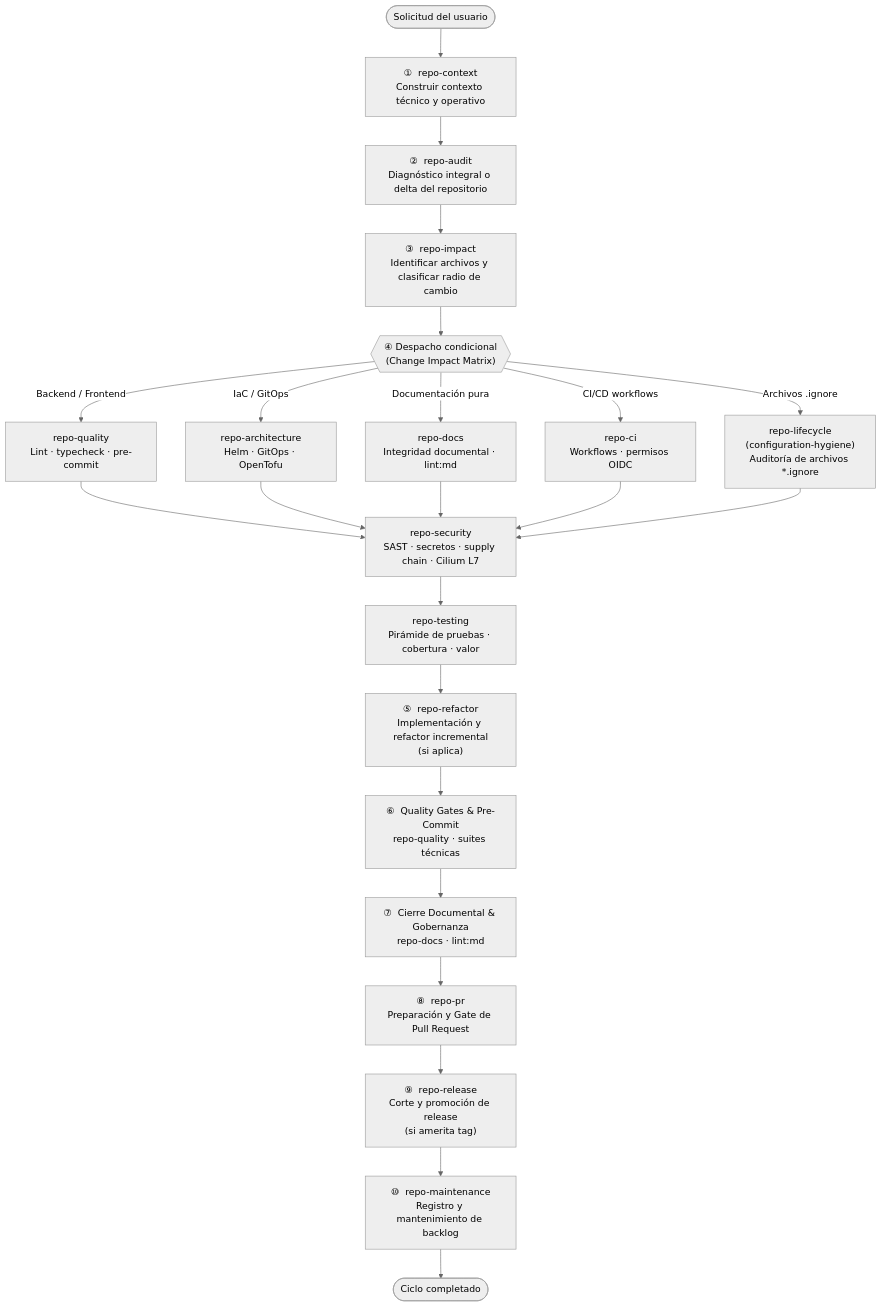
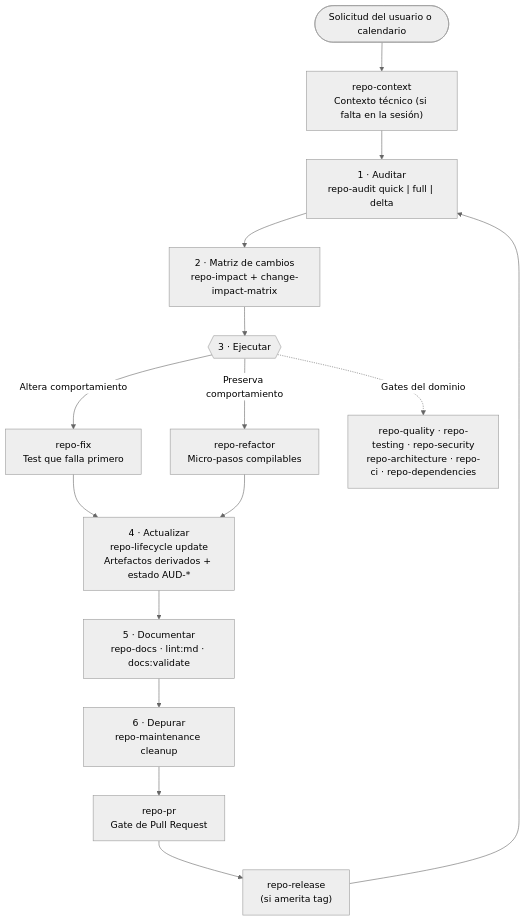
One commit to rocapellino/pokedex changed the diagram in .agents/README.md. Above: the diagram before and after it, drawn with Mermaid (neutral theme). The commit also changed other lines of this file and 36 other files, not shown here.

````diff
--- a/.agents/README.md
+++ b/.agents/README.md
@@ -63,53 +82,31 @@
 ```mermaid
 flowchart TD
-    START([Solicitud del usuario]) --> CTX
+    START([Solicitud del usuario o calendario]) --> CTX
+    CTX["repo-context
+Contexto técnico (si falta en la sesión)"] --> AUDIT
 
-    CTX["①  repo-context\nConstruir contexto técnico y operativo"]
-    CTX --> AUDIT
+    AUDIT["1 · Auditar
+repo-audit quick | full | delta"] --> IMPACT
+    IMPACT["2 · Matriz de cambios
+repo-impact + change-impact-matrix"] --> EXEC
+    EXEC{{"3 · Ejecutar"}}
+    EXEC -->|"Altera comportamiento"| FIX["repo-fix
+Test que falla primero"]
+    EXEC -->|"Preserva comportamiento"| REFACTOR["repo-refactor
+Micro-pasos compilables"]
+    FIX & REFACTOR --> UPDATE
+    UPDATE["4 · Actualizar
+repo-lifecycle update
+Artefactos derivados + estado AUD-*"] --> DOCS
+    DOCS["5 · Documentar
+repo-docs · lint:md · docs:validate"] --> CLEAN
+    CLEAN["6 · Depurar
+repo-maintenance cleanup"] --> PR
+    PR["repo-pr
+Gate de Pull Request"] --> RELEASE
+    RELEASE["repo-release
+(si amerita tag)"] --> AUDIT
 
-    AUDIT["②  repo-audit\nDiagnóstico integral o delta del repositorio"]
-    AUDIT --> IMPACT
-
-    IMPACT["③  repo-impact\nIdentificar archivos y clasificar radio de cambio"]
-    IMPACT --> DISPATCH
-
-    DISPATCH{{"④  Despacho condicional\n(Change Impact Matrix)"}}
-
-    DISPATCH -->|"Backend / Frontend"| QUALITY
-    DISPATCH -->|"IaC / GitOps"| ARCH
-    DISPATCH -->|"Documentación pura"| DOCS
-    DISPATCH -->|"CI/CD workflows"| CI
-    DISPATCH -->|"Archivos .ignore"| HYGIENE
-
-    QUALITY["repo-quality\nLint · typecheck · pre-commit"]
-    ARCH["repo-architecture\nHelm · GitOps · OpenTofu"]
-    DOCS["repo-docs\nIntegridad documental · lint:md"]
-    CI["repo-ci\nWorkflows · permisos OIDC"]
-    HYGIENE["repo-lifecycle\n(configuration-hygiene)\nAuditoría de archivos *.ignore"]
-
-    QUALITY & ARCH & DOCS & CI & HYGIENE --> SEC
-
-    SEC["repo-security\nSAST · secretos · supply chain · Cilium L7"]
-    SEC --> TEST
-
-    TEST["repo-testing\nPirámide de pruebas · cobertura · valor"]
-    TEST --> REFACTOR
-
-    REFACTOR["⑤  repo-refactor\nImplementación y refactor incremental\n(si aplica)"]
-    REFACTOR --> QGATE
-
-    QGATE["⑥  Quality Gates & Pre-Commit\nrepo-quality · suites técnicas"]
-    QGATE --> DOCGOV
-
-    DOCGOV["⑦  Cierre Documental & Gobernanza\nrepo-docs · lint:md"]
-    DOCGOV --> PR
-
-    PR["⑧  repo-pr\nPreparación y Gate de Pull Request"]
-    PR --> RELEASE
-
-    RELEASE["⑨  repo-release\nCorte y promoción de release\n(si amerita tag)"]
-    RELEASE --> MAINT
-
-    MAINT["⑩  repo-maintenance\nRegistro y mantenimiento de backlog"]
-    MAINT --> END([Ciclo completado])
+    EXEC -.->|"Gates del dominio"| DOMAIN["repo-quality · repo-testing · repo-security
+repo-architecture · repo-ci · repo-dependencies"]
 ```
````
